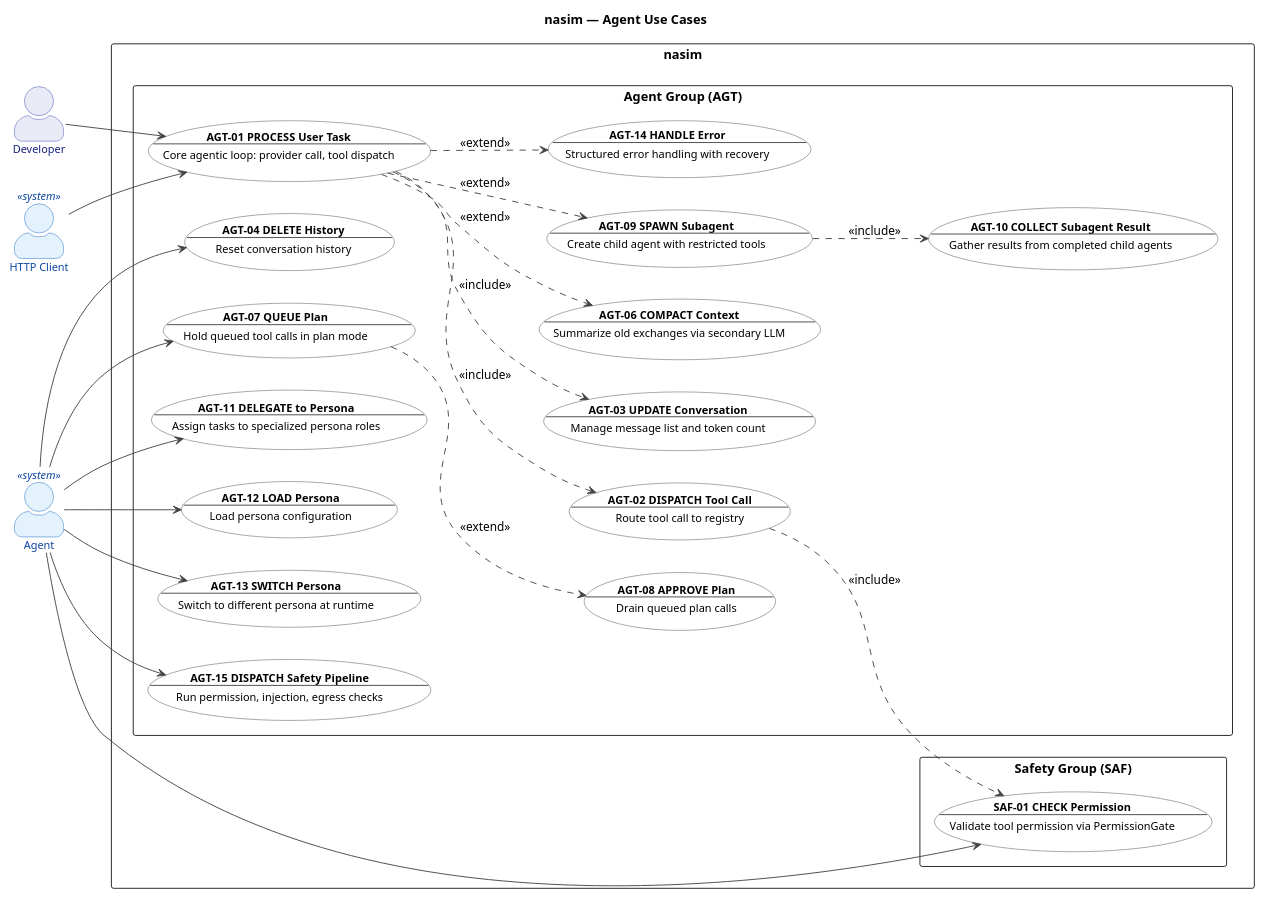
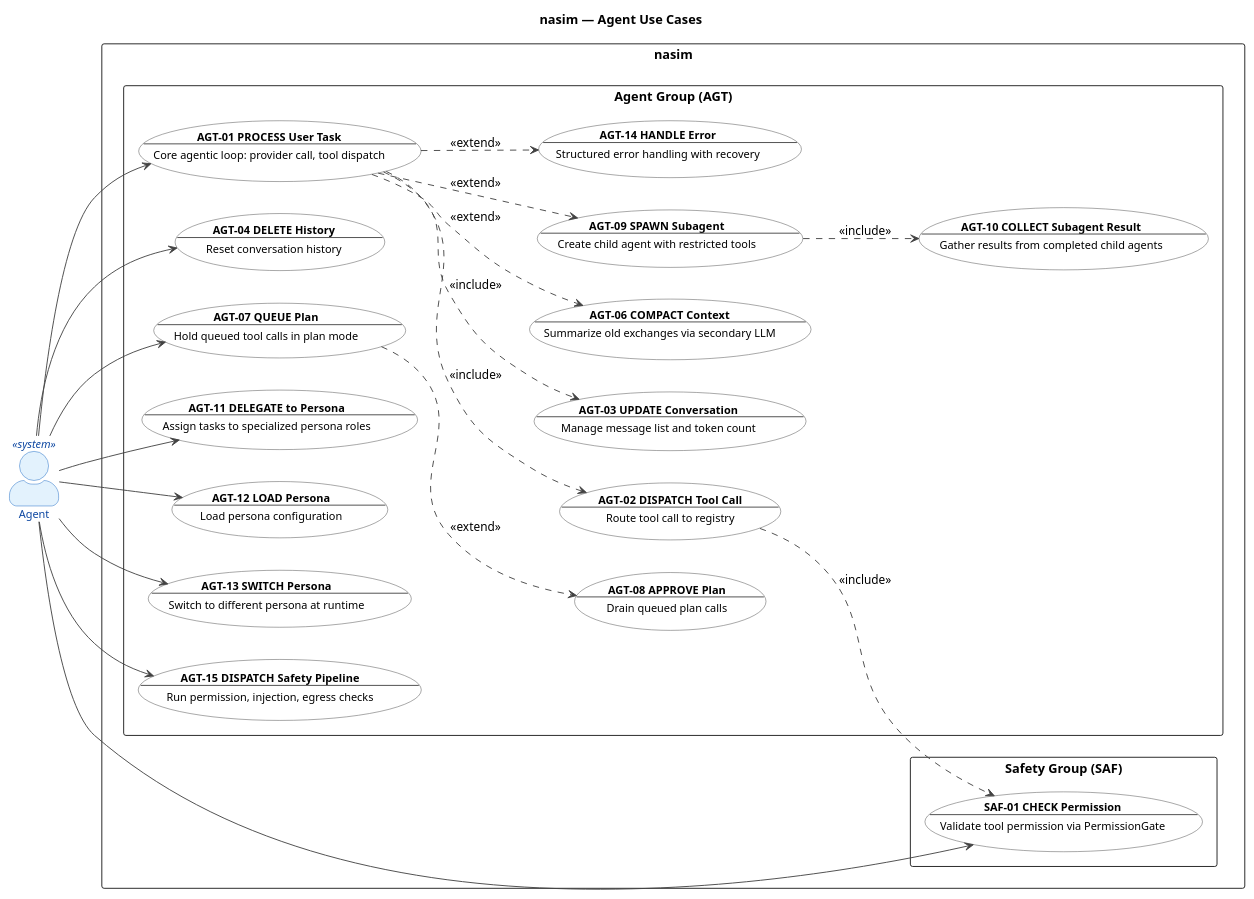
Diagram 11 of 22 in UC.md (salimnamvar/nasim), drawn with PlantUML before and after one commit. The commit also changed other lines of this file and 9 other files, not shown here.

```diff
--- a/UC.md
+++ b/UC.md
@@ -1044,8 +1082,6 @@
 ' Actors
 ' ============================================================
 
-actor "Developer" as Developer
-actor "HTTP Client" as HTTPClient <<system>>
 actor "Agent" as Agent <<system>>
 
 ' ============================================================
@@ -1079,8 +1115,7 @@
 ' Actor -> Use Case Associations
 ' ============================================================
 
-Developer --> AGT01
-HTTPClient --> AGT01
+Agent --> AGT01
 Agent --> AGT04
 Agent --> AGT07
 Agent --> AGT11
```
